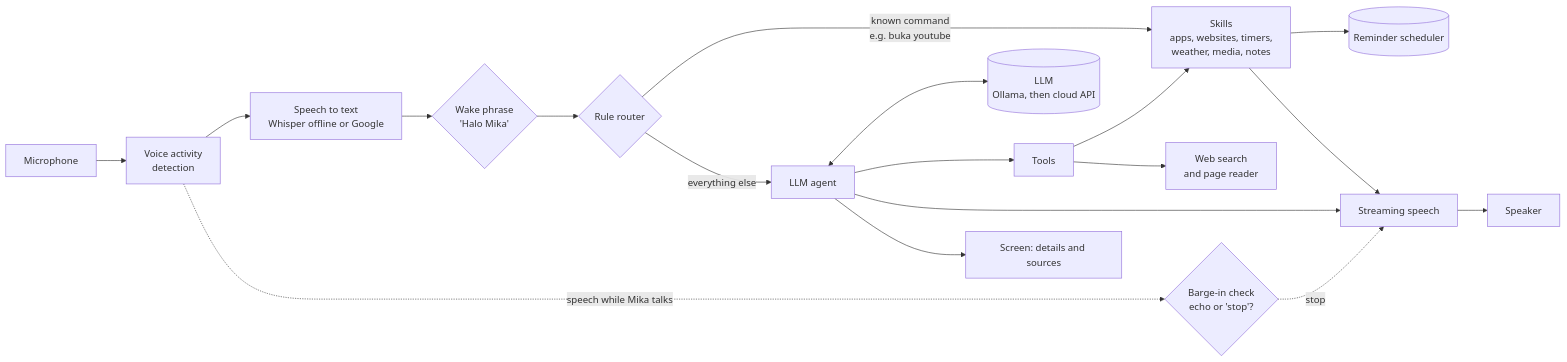
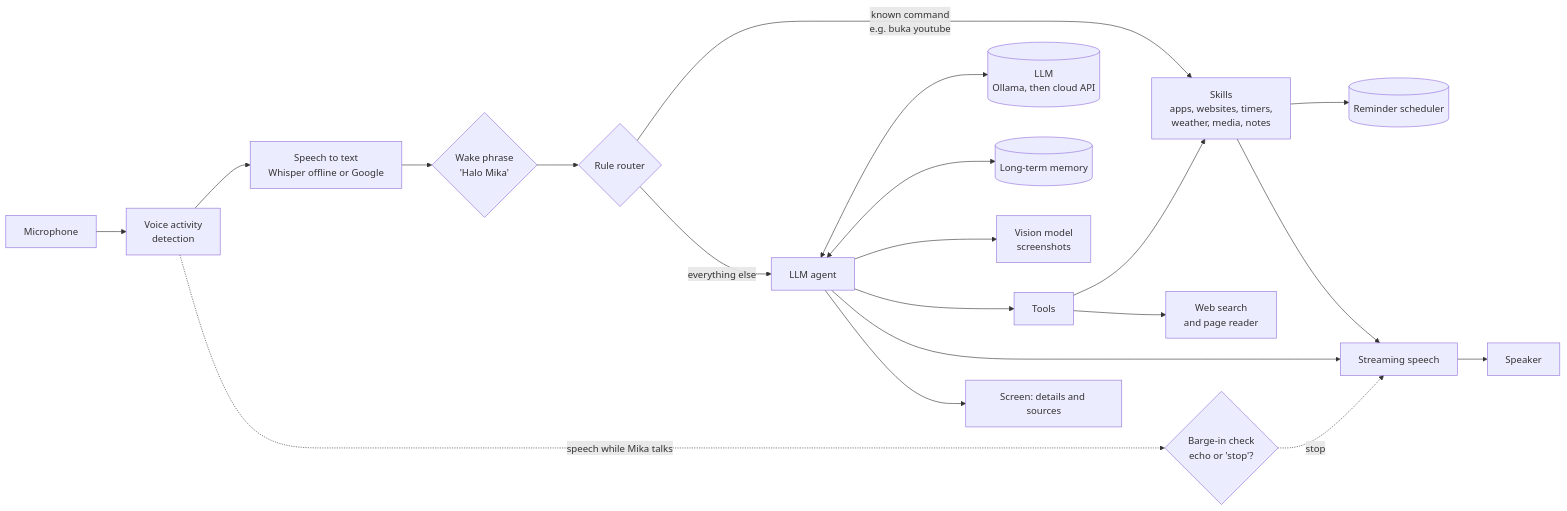
The first of 2 diagrams in README.md (Adyifa/my-own-personal-ai), drawn with Mermaid before and after one commit. The commit also changed other lines of this file and 28 other files, not shown here.

First line of the commit message:
Add screen understanding, clipboard, morning briefing, and long-term memory

````diff
--- a/README.md
+++ b/README.md
@@ -70,20 +77,22 @@
 ```mermaid
 flowchart LR
     Mic[Microphone] --> VAD[Voice activity<br/>detection]
     VAD --> STT[Speech to text<br/>Whisper offline or Google]
     VAD -. "speech while Mika talks" .-> Barge{"Barge-in check<br/>echo or 'stop'?"}
     Barge -. stop .-> TTS
     STT --> Wake{"Wake phrase<br/>'Halo Mika'"}
     Wake --> Router{Rule router}
     Router -- "known command<br/>e.g. buka youtube" --> Skills[Skills<br/>apps, websites, timers,<br/>weather, media, notes]
     Skills --> Scheduler[(Reminder scheduler)]
     Router -- "everything else" --> Agent[LLM agent]
     Agent <--> LLM[("LLM<br/>Ollama, then cloud API")]
+    Agent <--> Memory[(Long-term memory)]
+    Agent --> Vision[Vision model<br/>screenshots]
     Agent --> Tools[Tools]
     Tools --> Skills
     Tools --> Web[Web search<br/>and page reader]
     Agent --> TTS[Streaming speech]
     Skills --> TTS
     Agent --> Screen[Screen: details and sources]
     TTS --> Speaker[Speaker]
 ```
````
